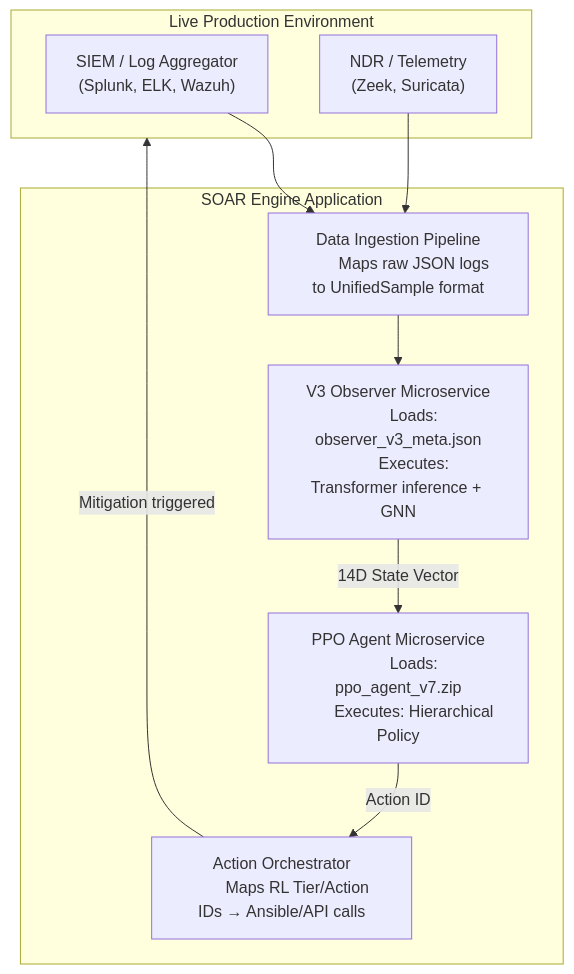
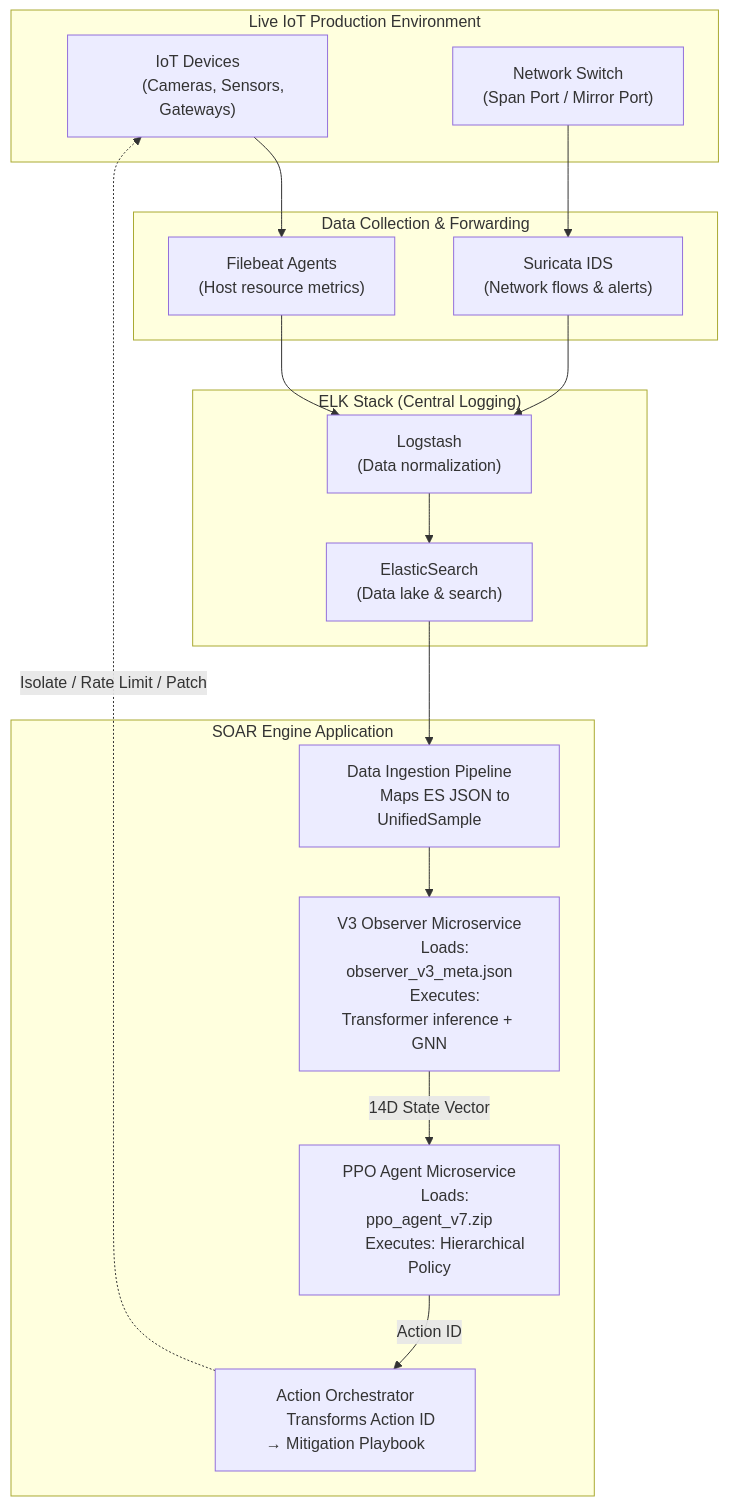
One commit to didi-09/AI_DRIVEN_SOAR changed diagram 15 of 15 in README.md. Above: the diagram before and after it, drawn with Mermaid. The commit also changed other lines of this file, not shown here.

````diff
--- a/README.md
+++ b/README.md
@@ -896,31 +896,49 @@
 ```mermaid
 flowchart TD
-    subgraph LIVE_NETWORK["Live Production Environment"]
-        SIEM["SIEM / Log Aggregator
-        (Splunk, ELK, Wazuh)"]
-        NDR["NDR / Telemetry
-        (Zeek, Suricata)"]
+    subgraph LIVE_NETWORK["Live IoT Production Environment"]
+        IOT["IoT Devices
+        (Cameras, Sensors, Gateways)"]
+        SPAN["Network Switch
+        (Span Port / Mirror Port)"]
+    end
+
+    subgraph TELEMETRY["Data Collection & Forwarding"]
+        FB["Filebeat Agents
+        (Host resource metrics)"]
+        SURI["Suricata IDS
+        (Network flows & alerts)"]
+    end
+
+    subgraph ELK["ELK Stack (Central Logging)"]
+        LS["Logstash
+        (Data normalization)"]
+        ES["ElasticSearch
+        (Data lake & search)"]
     end
 
     subgraph SOAR["SOAR Engine Application"]
         INGEST["Data Ingestion Pipeline
-        Maps raw JSON logs to UnifiedSample format"]
+        Maps ES JSON to UnifiedSample"]
         
         OBS_SVC["V3 Observer Microservice
         Loads: observer_v3_meta.json
         Executes: Transformer inference + GNN"]
 
         PPO_SVC["PPO Agent Microservice
         Loads: ppo_agent_v7.zip
         Executes: Hierarchical Policy"]
 
         ACT_SVC["Action Orchestrator
-        Maps RL Tier/Action IDs → Ansible/API calls"]
+        Transforms Action ID → Mitigation Playbook"]
     end
 
-    SIEM & NDR --> INGEST
+    IOT --> FB
+    SPAN --> SURI
+    FB & SURI --> LS
+    LS --> ES
+    ES --> INGEST
     INGEST --> OBS_SVC
     OBS_SVC -->|14D State Vector| PPO_SVC
     PPO_SVC -->|Action ID| ACT_SVC
-    ACT_SVC -->|Mitigation triggered| LIVE_NETWORK
+    ACT_SVC -.->|Isolate / Rate Limit / Patch| IOT
 ```
````
